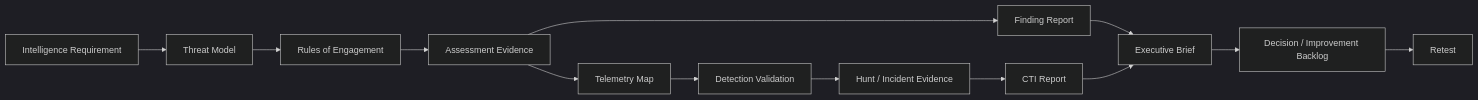
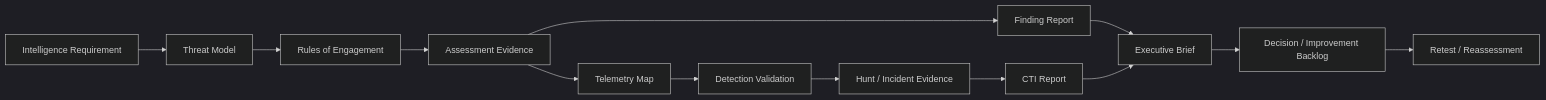
Before and after one commit to itdojp/white-hat-cyber-intelligence-book: the diagram in manuscript/00-reading-guide.md, drawn with Mermaid (dark theme). The commit also changed other lines of this file and 8 other files, not shown here.

````diff
--- a/manuscript/00-reading-guide.md
+++ b/manuscript/00-reading-guide.md
@@ -87,15 +165,15 @@
 ```mermaid
 flowchart LR
   A[Intelligence Requirement] --> B[Threat Model]
   B --> C[Rules of Engagement]
   C --> D[Assessment Evidence]
   D --> E[Finding Report]
   D --> F[Telemetry Map]
   F --> G[Detection Validation]
   G --> H[Hunt / Incident Evidence]
   H --> I[CTI Report]
   E --> J[Executive Brief]
   I --> J
   J --> K[Decision / Improvement Backlog]
-  K --> L[Retest]
+  K --> L[Retest / Reassessment]
 ```
````
